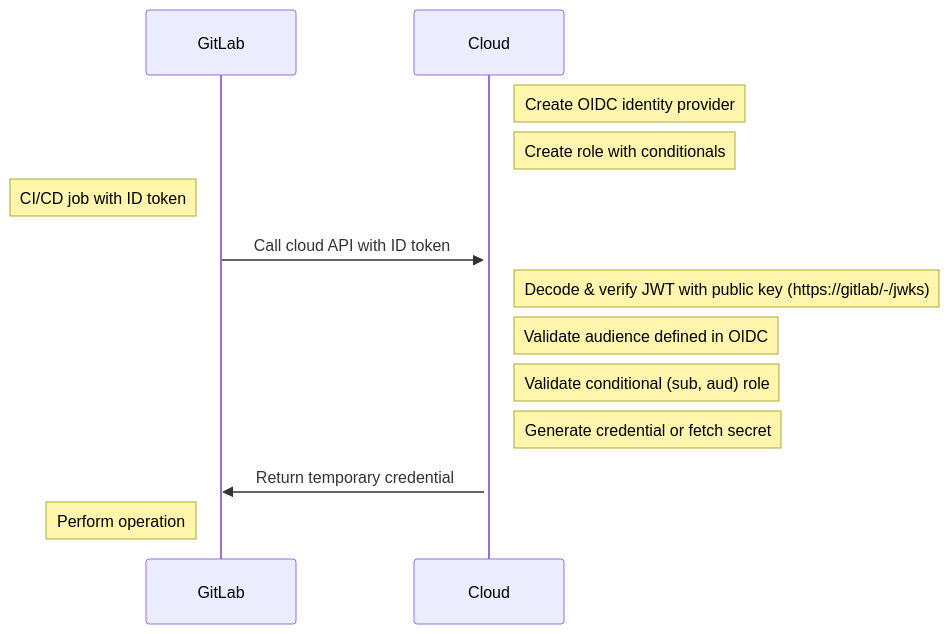
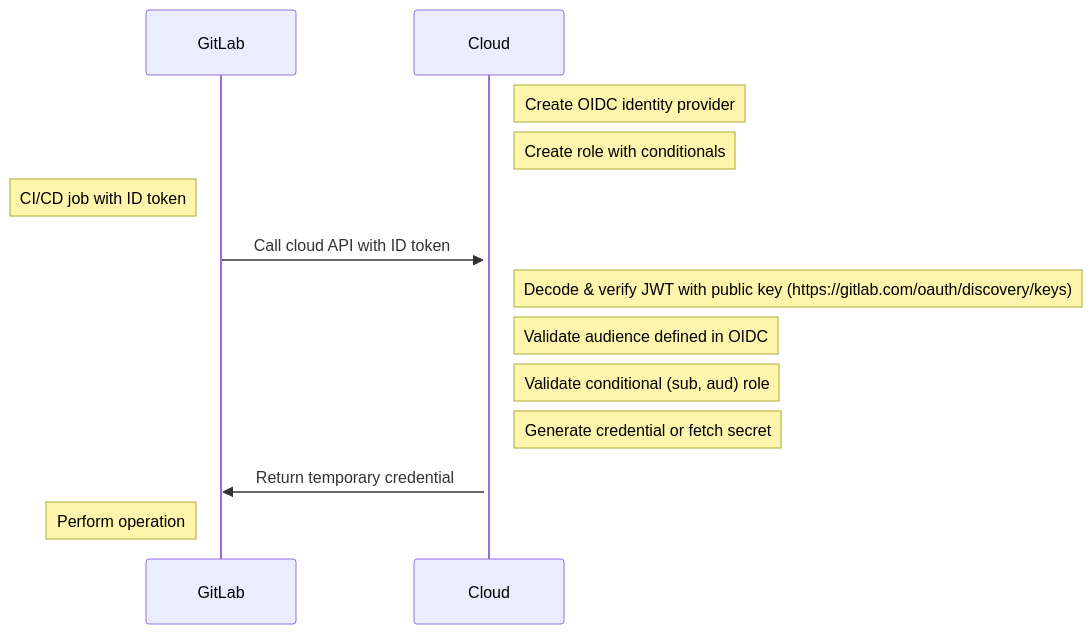
The diagram in doc/ci/cloud_services/index.md (diffblue/gitlab), drawn with Mermaid before and after one commit.

Commit message:
Update cloud services OIDC integration doc

````diff
--- a/doc/ci/cloud_services/index.md
+++ b/doc/ci/cloud_services/index.md
@@ -61,15 +61,15 @@
 ```mermaid
 sequenceDiagram
     participant GitLab
     Note right of Cloud: Create OIDC identity provider
     Note right of Cloud: Create role with conditionals
     Note left of GitLab: CI/CD job with ID token
     GitLab->>+Cloud: Call cloud API with ID token
-    Note right of Cloud: Decode & verify JWT with public key (https://gitlab/-/jwks)
+    Note right of Cloud: Decode & verify JWT with public key (https://gitlab.com/oauth/discovery/keys)
     Note right of Cloud: Validate audience defined in OIDC
     Note right of Cloud: Validate conditional (sub, aud) role
     Note right of Cloud: Generate credential or fetch secret
     Cloud->>GitLab: Return temporary credential
     Note left of GitLab: Perform operation
 
 ```
````
